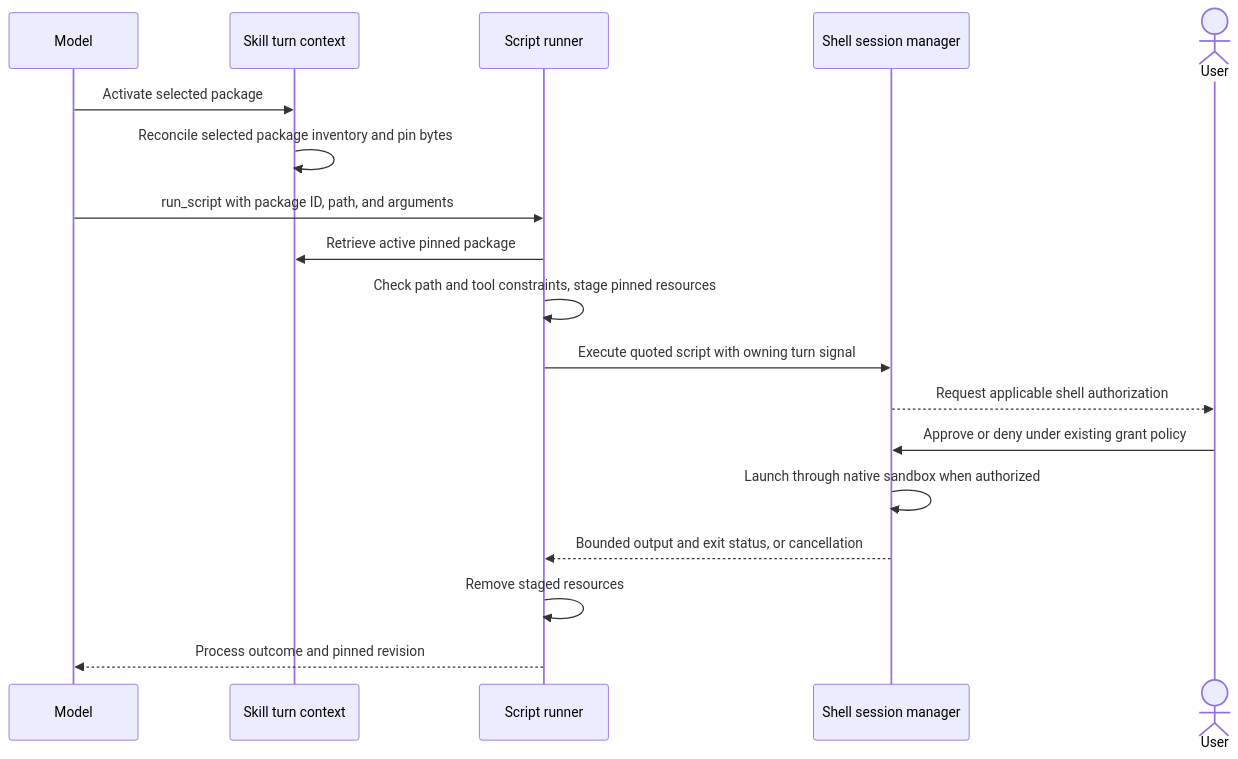
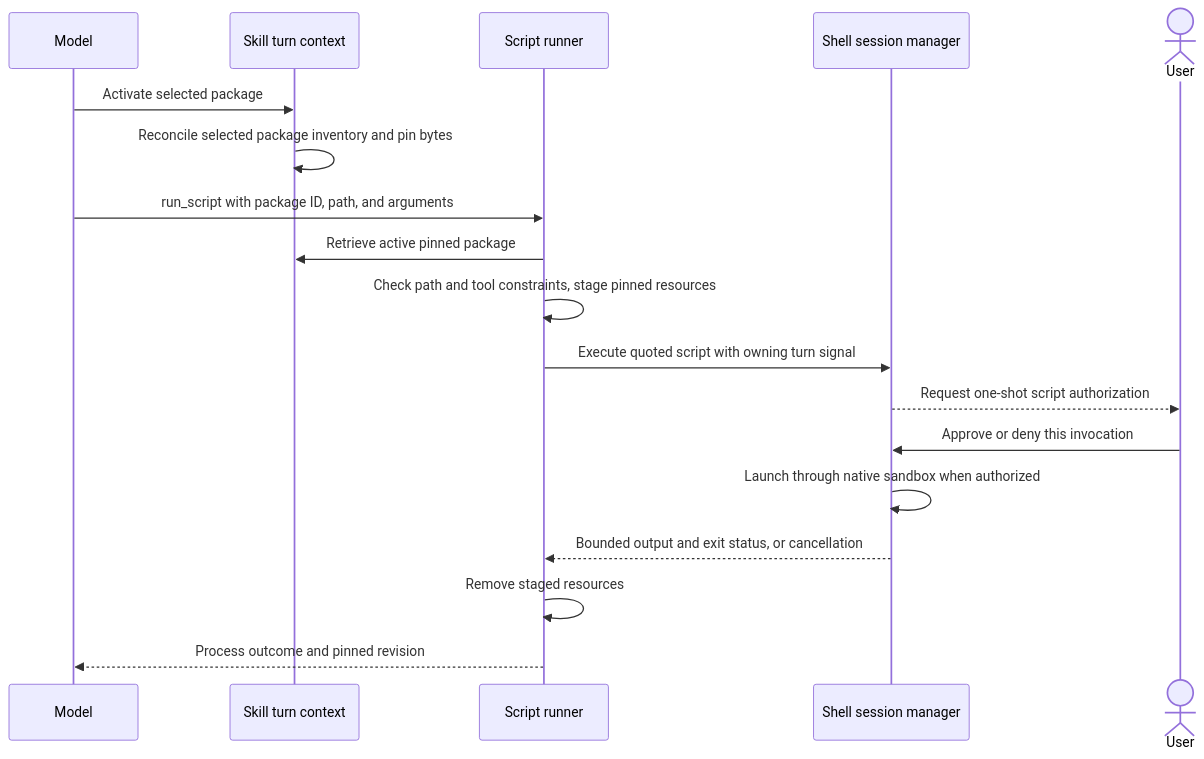
One commit to danceroutine/Glyph changed the ninth of 10 diagrams in docs/AGENT_INSTRUCTIONS.md. Above: the diagram before and after it, drawn with Mermaid. The commit also changed other lines of this file and 40 other files, not shown here.

````diff
--- a/docs/AGENT_INSTRUCTIONS.md
+++ b/docs/AGENT_INSTRUCTIONS.md
@@ -371,20 +371,20 @@
 ```mermaid
 sequenceDiagram
     participant Model
     participant Turn as Skill turn context
     participant Runner as Script runner
     participant Shell as Shell session manager
     actor User
     Model->>Turn: Activate selected package
     Turn->>Turn: Reconcile selected package inventory and pin bytes
     Model->>Runner: run_script with package ID, path, and arguments
     Runner->>Turn: Retrieve active pinned package
     Runner->>Runner: Check path and tool constraints, stage pinned resources
     Runner->>Shell: Execute quoted script with owning turn signal
-    Shell-->>User: Request applicable shell authorization
-    User->>Shell: Approve or deny under existing grant policy
+    Shell-->>User: Request one-shot script authorization
+    User->>Shell: Approve or deny this invocation
     Shell->>Shell: Launch through native sandbox when authorized
     Shell-->>Runner: Bounded output and exit status, or cancellation
     Runner->>Runner: Remove staged resources
     Runner-->>Model: Process outcome and pinned revision
 ```
````
